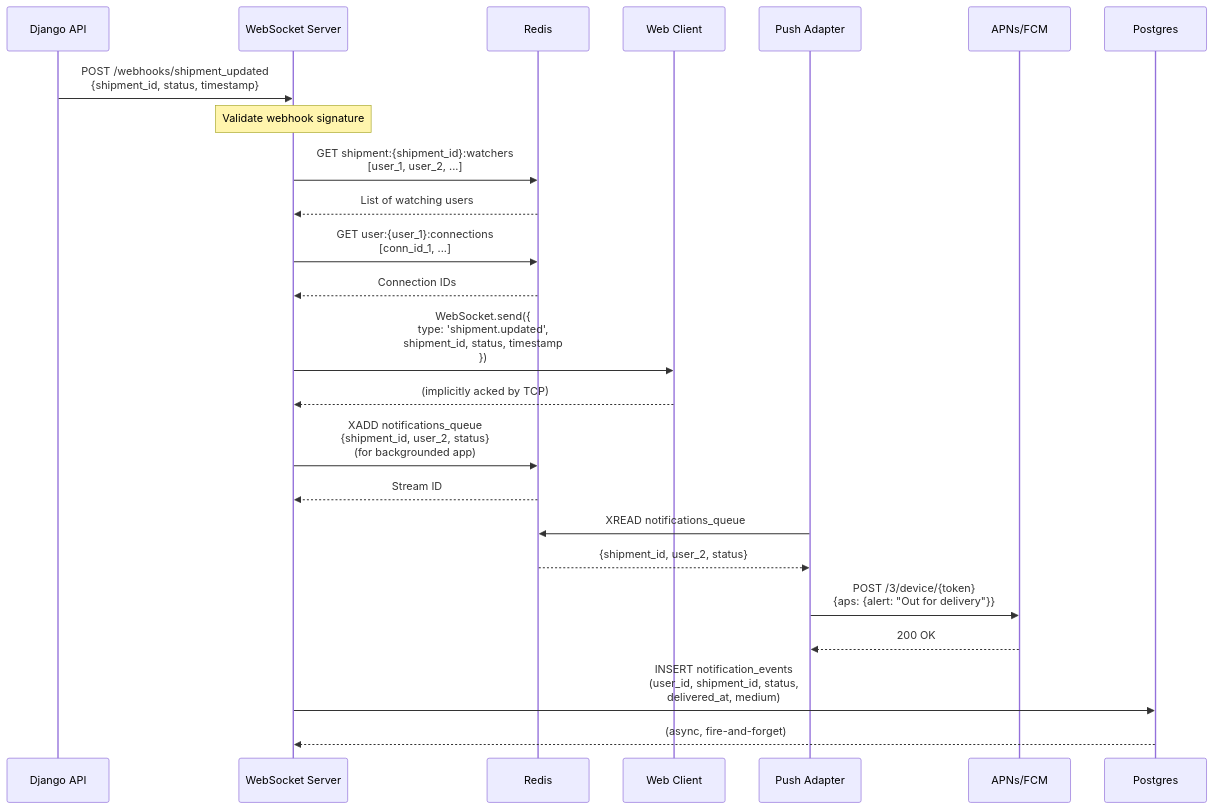
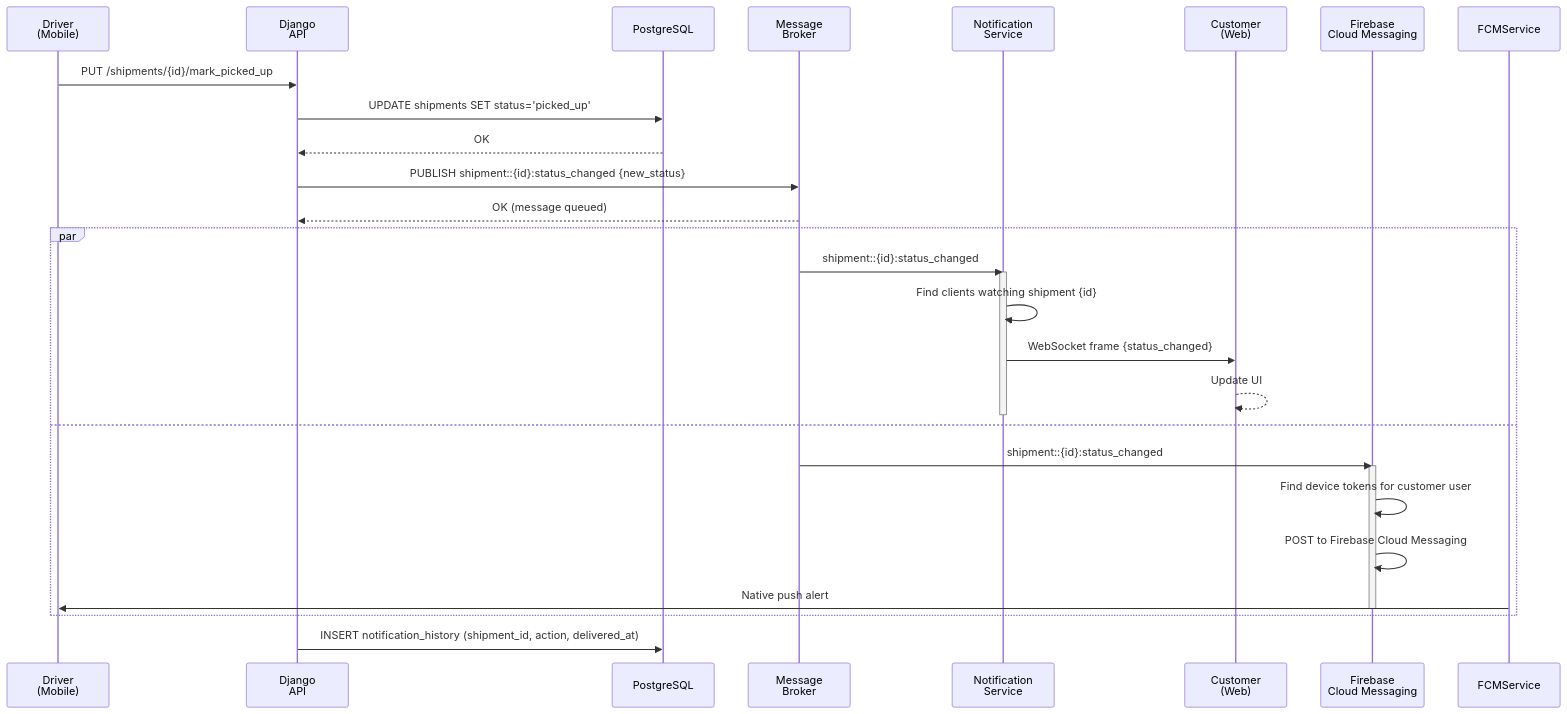
Before and after one commit to hpsgd/claude-marketplace: the third of 4 diagrams in examples/engineering/architect/agents/architect/system-design-request/result.md, drawn with Mermaid. The commit also changed other lines of this file and 135 other files, not shown here.

````diff
--- a/examples/engineering/architect/agents/architect/system-design-request/result.md
+++ b/examples/engineering/architect/agents/architect/system-design-request/result.md
@@ -348,34 +198,34 @@
 ```mermaid
 sequenceDiagram
-    participant Django as Django API
-    participant WS as WebSocket Server
-    participant Redis as Redis
-    participant Client as Web Client
-    participant PushAdapter as Push Adapter
-    participant APNs as APNs/FCM
+    participant Driver as Driver<br/>(Mobile)
+    participant API as Django<br/>API
+    participant DB as PostgreSQL
+    participant Broker as Message<br/>Broker
+    participant NotifSvc as Notification<br/>Service
+    participant Customer as Customer<br/>(Web)
+    participant FCM as Firebase<br/>Cloud Messaging
     
-    Django->>WS: POST /webhooks/shipment_updated<br/>{shipment_id, status, timestamp}
+    Driver->>API: PUT /shipments/{id}/mark_picked_up
+    API->>DB: UPDATE shipments SET status='picked_up'
+    DB-->>API: OK
+    API->>Broker: PUBLISH shipment::{id}:status_changed {new_status}
+    Broker-->>API: OK (message queued)
     
-    Note over WS: Validate webhook signature
+    par
+        Broker->>NotifSvc: shipment::{id}:status_changed
+        activate NotifSvc
+        NotifSvc->>NotifSvc: Find clients watching shipment {id}
+        NotifSvc->>Customer: WebSocket frame {status_changed}
+        Customer-->>Customer: Update UI
+        deactivate NotifSvc
+    and
+        Broker->>FCM: shipment::{id}:status_changed
+        activate FCM
+        FCM->>FCM: Find device tokens for customer user
+        FCM->>FCM: POST to Firebase Cloud Messaging
+        FCMService->>Driver: Native push alert
+        deactivate FCM
+    end
     
-    WS->>Redis: GET shipment:{shipment_id}:watchers<br/>[user_1, user_2, ...]
-    Redis-->>WS: List of watching users
-    
-    WS->>Redis: GET user:{user_1}:connections<br/>[conn_id_1, ...]
-    Redis-->>WS: Connection IDs
-    
-    WS->>Client: WebSocket.send({<br/>  type: 'shipment.updated',<br/>  shipment_id, status, timestamp<br/>})
-    Client-->>WS: (implicitly acked by TCP)
-    
-    WS->>Redis: XADD notifications_queue<br/>{shipment_id, user_2, status}<br/>(for backgrounded app)
-    Redis-->>WS: Stream ID
-    
-    PushAdapter->>Redis: XREAD notifications_queue
-    Redis-->>PushAdapter: {shipment_id, user_2, status}
-    
-    PushAdapter->>APNs: POST /3/device/{token}<br/>{aps: {alert: "Out for delivery"}}
-    APNs-->>PushAdapter: 200 OK
-    
-    WS->>Postgres: INSERT notification_events<br/>(user_id, shipment_id, status, <br/>delivered_at, medium)
-    Postgres-->>WS: (async, fire-and-forget)
+    API->>DB: INSERT notification_history (shipment_id, action, delivered_at)
 ```
````
